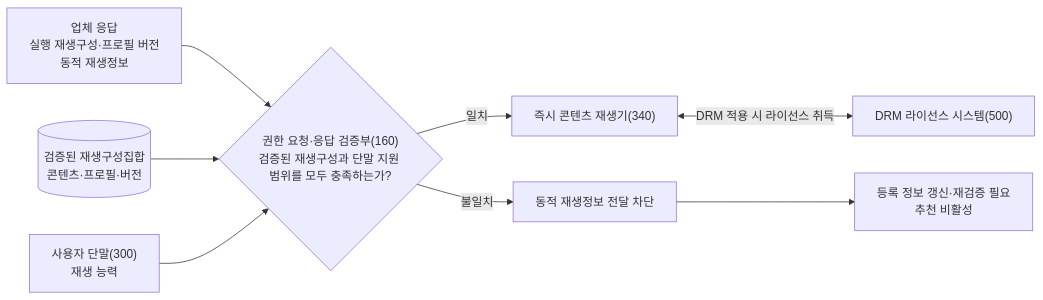
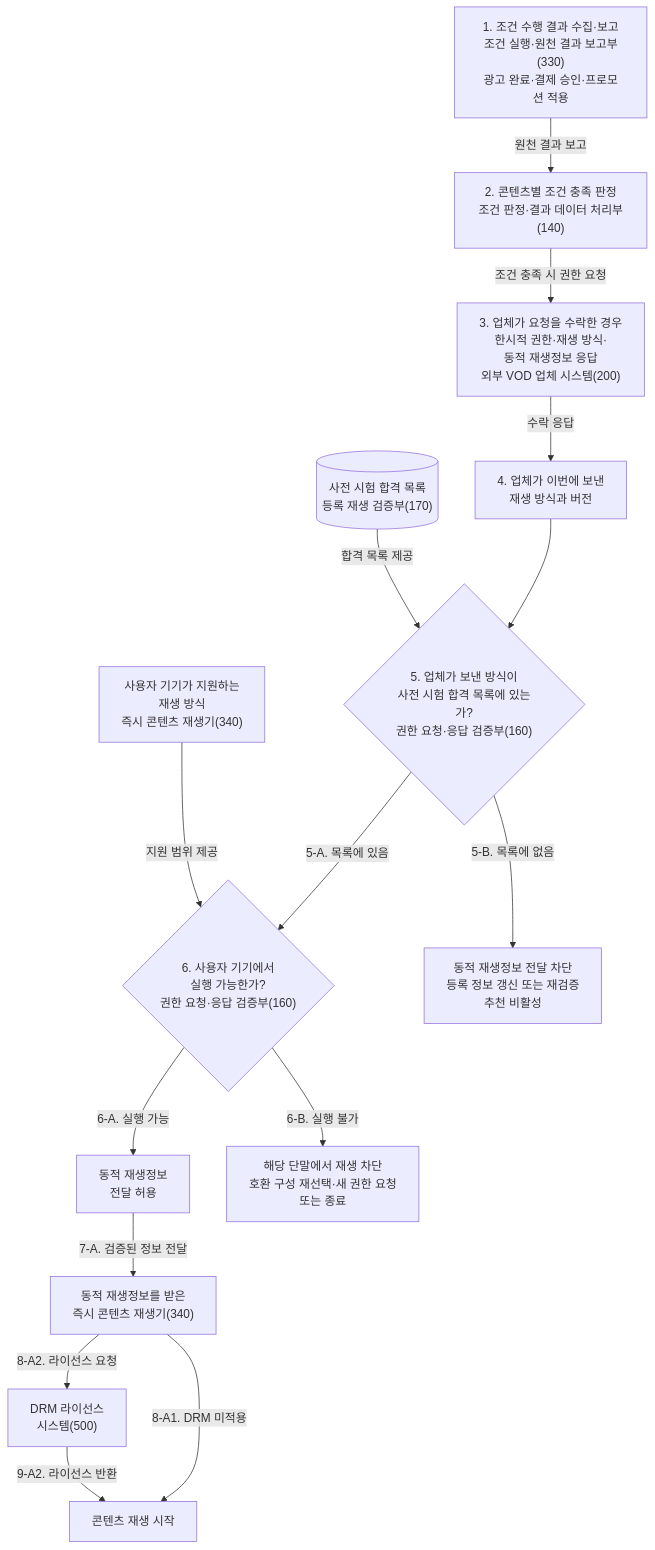
The fourth of 14 diagrams in instant_play_직무발명서_개선본.md (growdai1y/instant-play), drawn with Mermaid before and after one commit. The commit also changed other lines of this file and 1 other file, not shown here.

````diff
--- a/instant_play_직무발명서_개선본.md
+++ b/instant_play_직무발명서_개선본.md
@@ -240,19 +255,32 @@
 ```mermaid
-flowchart LR
-    RESPONSE["업체 응답<br/>실행 재생구성·프로필 버전<br/>동적 재생정보"]
-    VERIFIED[("검증된 재생구성집합<br/>콘텐츠·프로필·버전")]
-    CAPABILITY["사용자 단말(300)<br/>재생 능력"]
-    CHECK{"권한 요청·응답 검증부(160)<br/>검증된 재생구성과 단말 지원 범위를 모두 충족하는가?"}
-    PLAYER["즉시 콘텐츠 재생기(340)"]
-    DRM["DRM 라이선스 시스템(500)"]
-    BLOCK["동적 재생정보 전달 차단"]
-    STATE["등록 정보 갱신·재검증 필요<br/>추천 비활성"]
+flowchart TB
+    SOURCE330["1. 조건 수행 결과 수집·보고<br/>조건 실행·원천 결과 보고부(330)<br/>광고 완료·결제 승인·프로모션 적용"]
+    DECISION140["2. 콘텐츠별 조건 충족 판정<br/>조건 판정·결과 데이터 처리부(140)"]
+    PROVIDER200["3. 업체가 요청을 수락한 경우<br/>한시적 권한·재생 방식·<br/>동적 재생정보 응답<br/>외부 VOD 업체 시스템(200)"]
+    CONFIG200["4. 업체가 이번에 보낸<br/>재생 방식과 버전"]
+    VERIFIED170[("사전 시험 합격 목록<br/>등록 재생 검증부(170)")]
+    CHECK_VERIFIED{"5. 업체가 보낸 방식이<br/>사전 시험 합격 목록에 있는가?<br/>권한 요청·응답 검증부(160)"}
+    CAPABILITY340["사용자 기기가 지원하는<br/>재생 방식<br/>즉시 콘텐츠 재생기(340)"]
+    CHECK_DEVICE{"6. 사용자 기기에서<br/>실행 가능한가?<br/>권한 요청·응답 검증부(160)"}
+    DELIVER["동적 재생정보<br/>전달 허용"]
+    PLAYER340["동적 재생정보를 받은<br/>즉시 콘텐츠 재생기(340)"]
+    DRM["DRM 라이선스<br/>시스템(500)"]
+    PLAY["콘텐츠 재생 시작"]
+    CONFIG_BLOCK["동적 재생정보 전달 차단<br/>등록 정보 갱신 또는 재검증<br/>추천 비활성"]
+    DEVICE_BLOCK["해당 단말에서 재생 차단<br/>호환 구성 재선택·새 권한 요청<br/>또는 종료"]
 
-    RESPONSE --> CHECK
-    VERIFIED --> CHECK
-    CAPABILITY --> CHECK
-    CHECK -->|"일치"| PLAYER
-    PLAYER <-->|"DRM 적용 시 라이선스 취득"| DRM
-    CHECK -->|"불일치"| BLOCK
-    BLOCK --> STATE
+    SOURCE330 -->|"원천 결과 보고"| DECISION140
+    DECISION140 -->|"조건 충족 시 권한 요청"| PROVIDER200
+    PROVIDER200 -->|"수락 응답"| CONFIG200
+    CONFIG200 --> CHECK_VERIFIED
+    VERIFIED170 -->|"합격 목록 제공"| CHECK_VERIFIED
+    CHECK_VERIFIED -->|"5-A. 목록에 있음"| CHECK_DEVICE
+    CHECK_VERIFIED -->|"5-B. 목록에 없음"| CONFIG_BLOCK
+    CAPABILITY340 -->|"지원 범위 제공"| CHECK_DEVICE
+    CHECK_DEVICE -->|"6-A. 실행 가능"| DELIVER
+    CHECK_DEVICE -->|"6-B. 실행 불가"| DEVICE_BLOCK
+    DELIVER -->|"7-A. 검증된 정보 전달"| PLAYER340
+    PLAYER340 -->|"8-A1. DRM 미적용"| PLAY
+    PLAYER340 -->|"8-A2. 라이선스 요청"| DRM
+    DRM -->|"9-A2. 라이선스 반환"| PLAY
 ```
````
